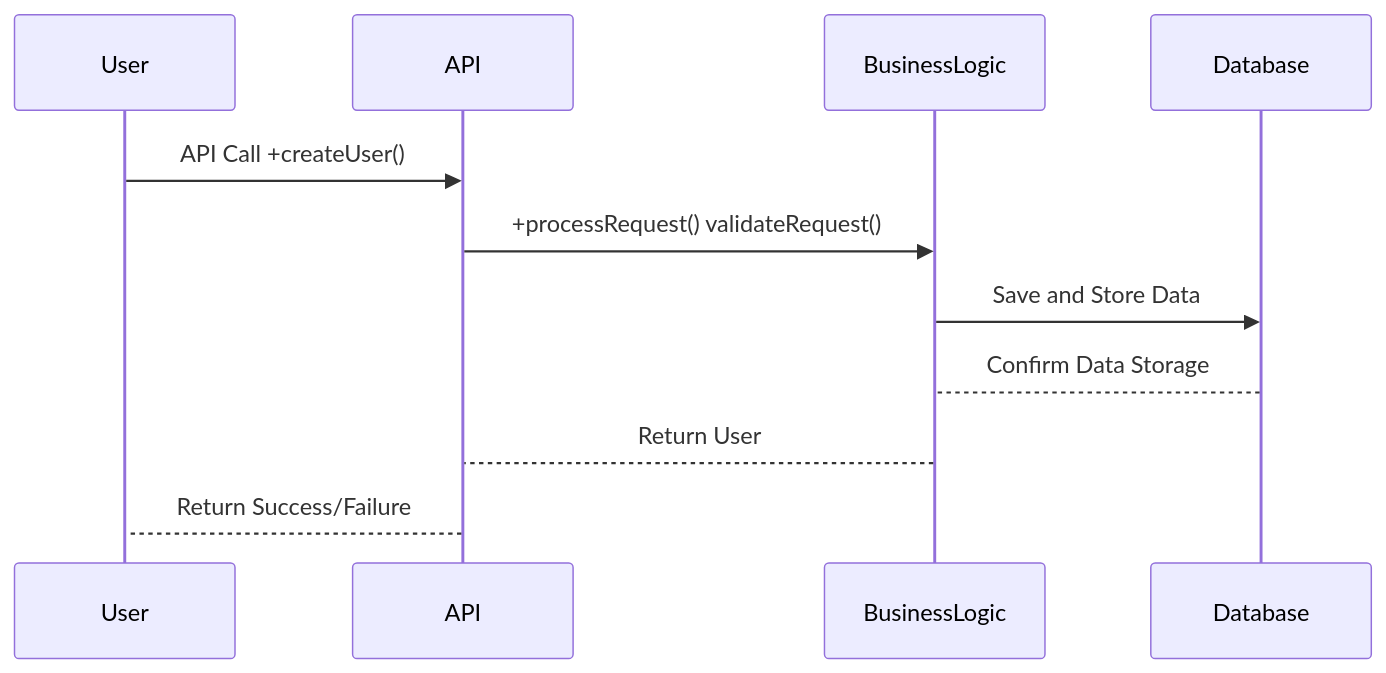
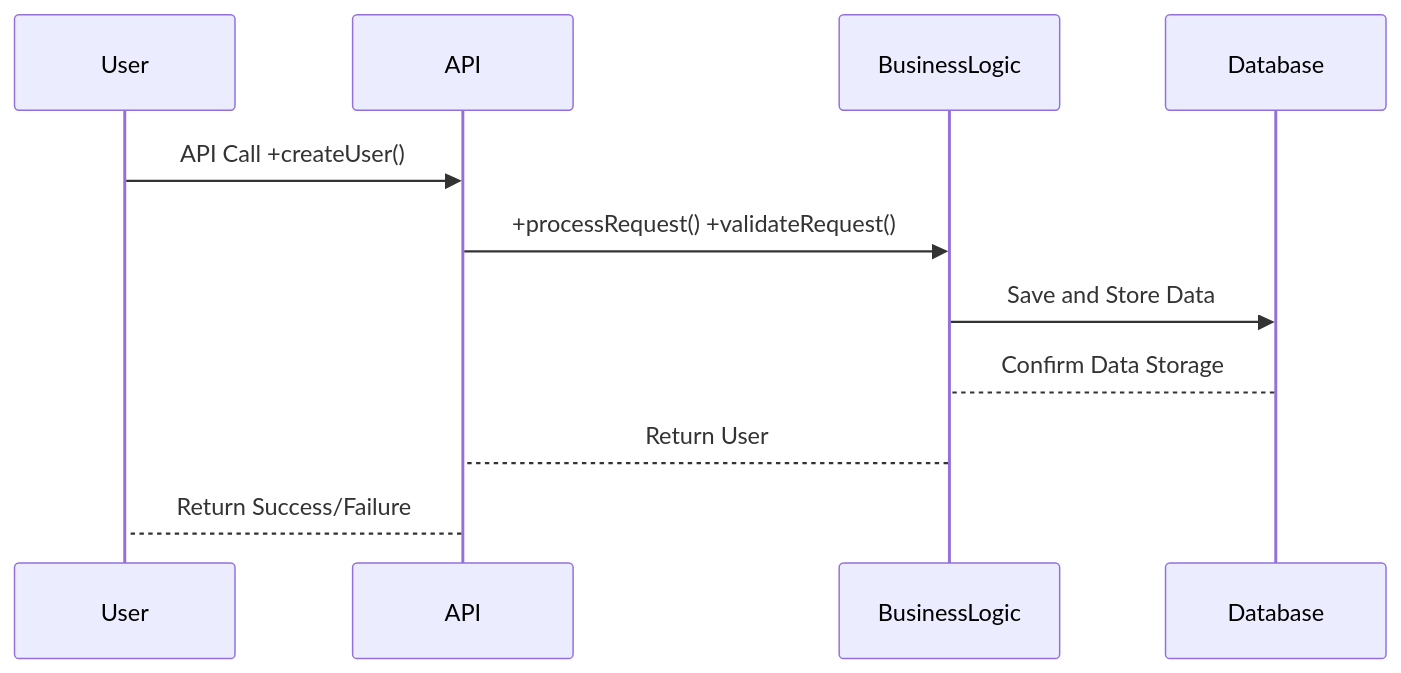
The diagram in sequence_diagram_register.md (Cvalentin4153/Holberton-HBNB_UML_Diagrams), drawn with Mermaid before and after one commit. The commit also changed 3 other files, not shown here.

Commit message:
Sequence Diagrams

````diff
--- a/sequence_diagram_register.md
+++ b/sequence_diagram_register.md
@@ -1,15 +1,15 @@
 ```mermaid
 sequenceDiagram
 
 participant User
 participant API
 participant BusinessLogic
 participant Database
 
 User->>API: API Call +createUser()
-API->>BusinessLogic: +processRequest() validateRequest()
+API->>BusinessLogic: +processRequest() +validateRequest()
 BusinessLogic->>Database: Save and Store Data
 Database-->BusinessLogic: Confirm Data Storage
 BusinessLogic-->API: Return User
 API-->User: Return Success/Failure
 ```
````
